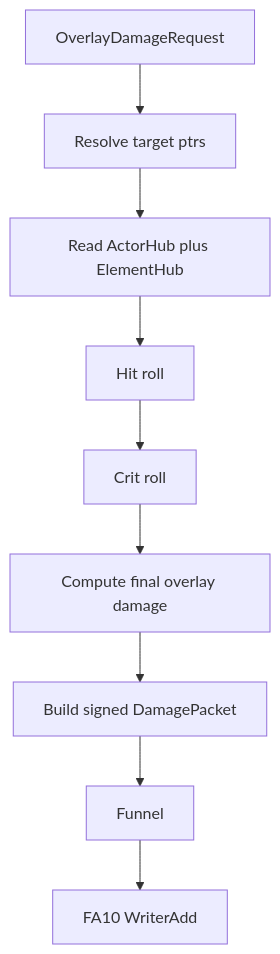
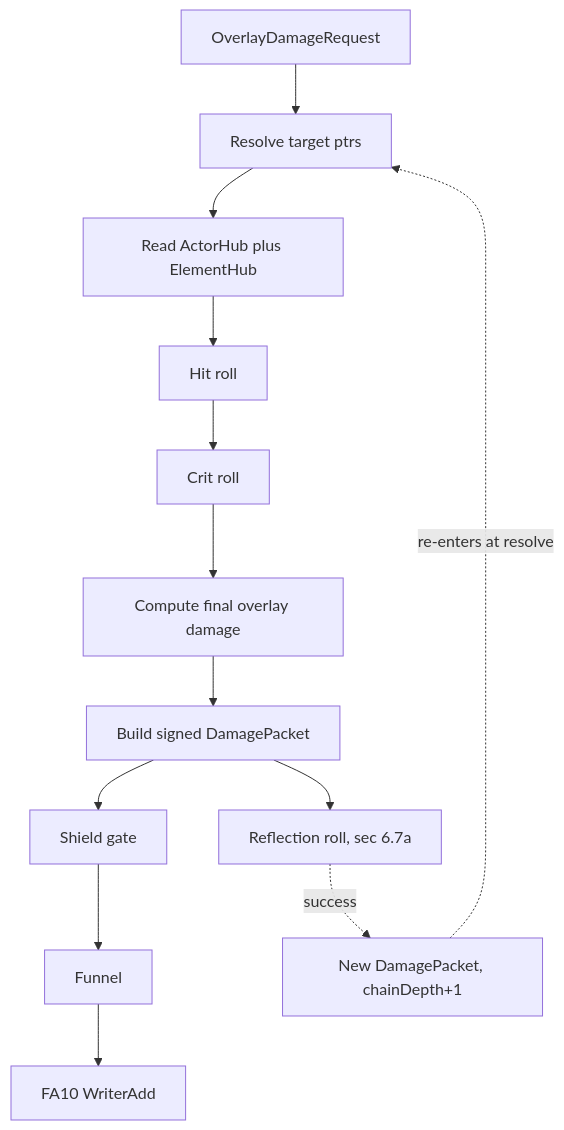
The second of 2 diagrams in docs/architecture/combat-damage-ssot.md (letuhao/plant-vs-zombie-rise-of-summoner), drawn with Mermaid before and after one commit. The commit also changed other lines of this file and 93 other files, not shown here.

````diff
--- a/docs/architecture/combat-damage-ssot.md
+++ b/docs/architecture/combat-damage-ssot.md
@@ -292,14 +477,20 @@
 ```mermaid
 flowchart TB
   request[OverlayDamageRequest]
   resolve[Resolve target ptrs]
   snapshot[Read ActorHub plus ElementHub]
   hit[Hit roll]
   crit[Crit roll]
   damage[Compute final overlay damage]
   packet[Build signed DamagePacket]
+  shield[Shield gate]
   funnel[Funnel]
   writer[FA10 WriterAdd]
+  reflect[Reflection roll, sec 6.7a]
+  bounce[New DamagePacket, chainDepth+1]
 
-  request --> resolve --> snapshot --> hit --> crit --> damage --> packet --> funnel --> writer
+  request --> resolve --> snapshot --> hit --> crit --> damage --> packet
+  packet --> reflect
+  reflect -. success .-> bounce -. re-enters at resolve .-> resolve
+  packet --> shield --> funnel --> writer
 ```
````
